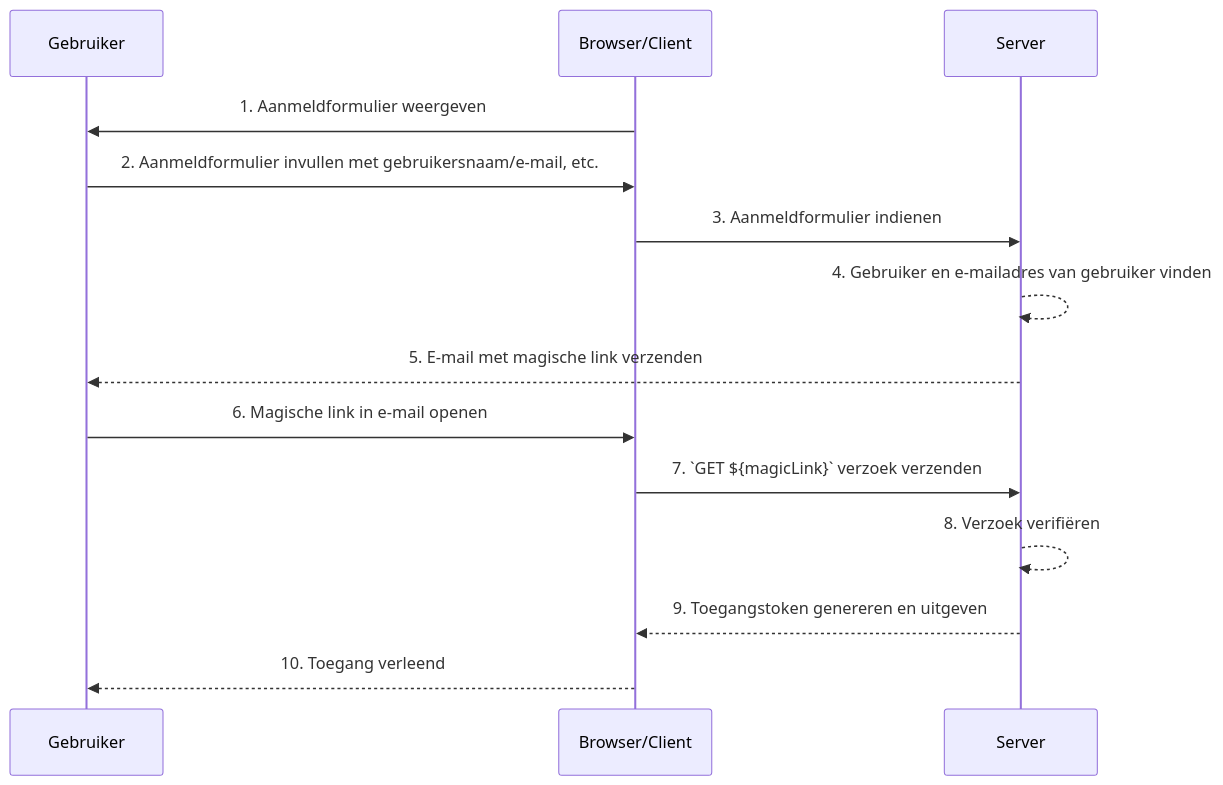
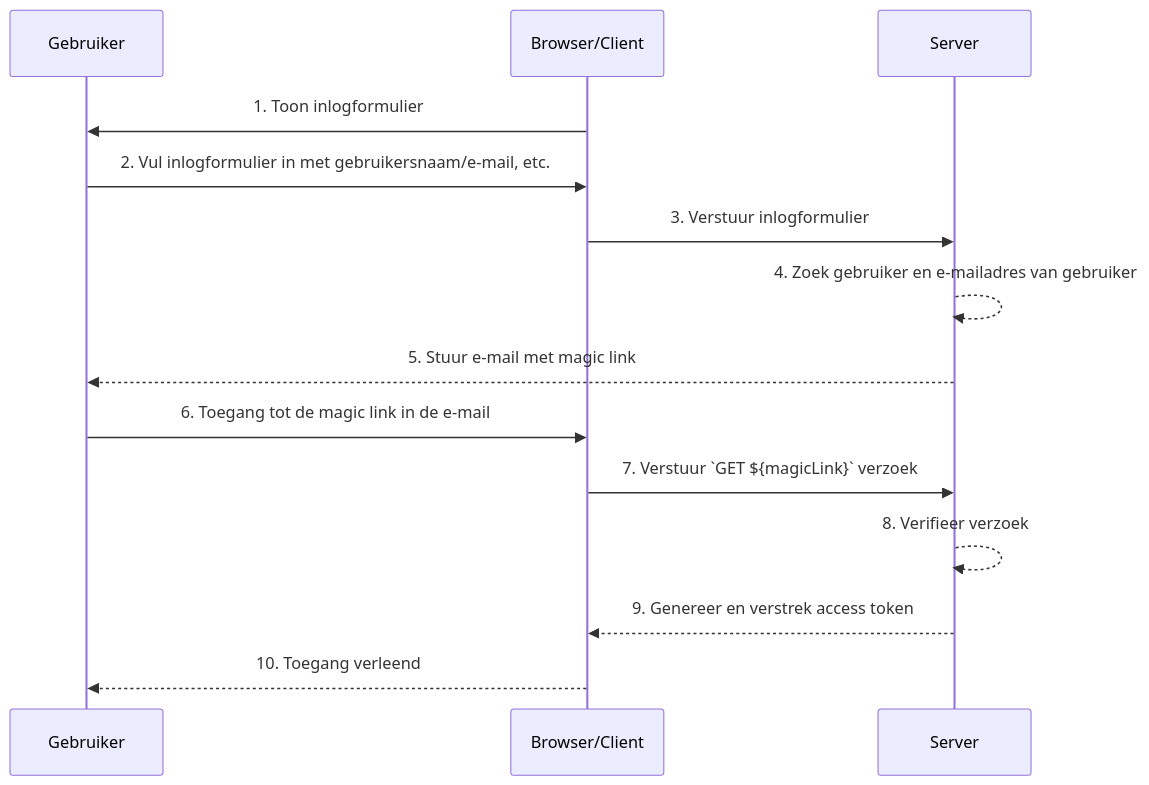
The diagram in src/content/terms/nl/magic-link.mdx (logto-io/auth-wiki), drawn with Mermaid before and after one commit. The commit also changed other lines of this file and 98 other files, not shown here.

````diff
--- a/src/content/terms/nl/magic-link.mdx
+++ b/src/content/terms/nl/magic-link.mdx
@@ -31,16 +31,16 @@
 ```mermaid
 sequenceDiagram
     participant U as Gebruiker
     participant B as Browser/Client
     participant S as Server
-    B->>U: 1. Aanmeldformulier weergeven
-    U->>B: 2. Aanmeldformulier invullen met gebruikersnaam/e-mail, etc.
-    B->>S: 3. Aanmeldformulier indienen
-    S-->>S: 4. Gebruiker en e-mailadres van gebruiker vinden
-    S-->>U: 5. E-mail met magische link verzenden
-    U->>B: 6. Magische link in e-mail openen
-    B->>S: 7. `GET ${magicLink}` verzoek verzenden
-    S-->>S: 8. Verzoek verifiëren
-    S-->>B: 9. Toegangstoken genereren en uitgeven
+    B->>U: 1. Toon inlogformulier
+    U->>B: 2. Vul inlogformulier in met gebruikersnaam/e-mail, etc.
+    B->>S: 3. Verstuur inlogformulier
+    S-->>S: 4. Zoek gebruiker en e-mailadres van gebruiker
+    S-->>U: 5. Stuur e-mail met magic link
+    U->>B: 6. Toegang tot de magic link in de e-mail
+    B->>S: 7. Verstuur `GET ${magicLink}` verzoek
+    S-->>S: 8. Verifieer verzoek
+    S-->>B: 9. Genereer en verstrek access token
     B-->>U: 10. Toegang verleend
 ```
````
